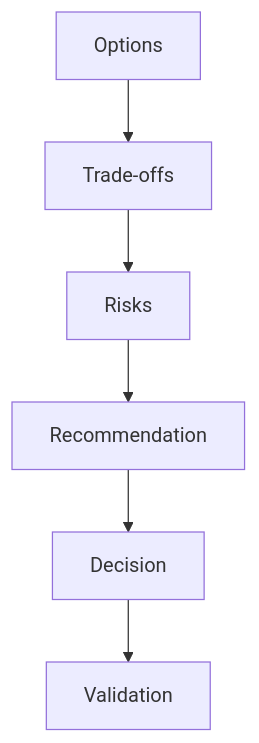
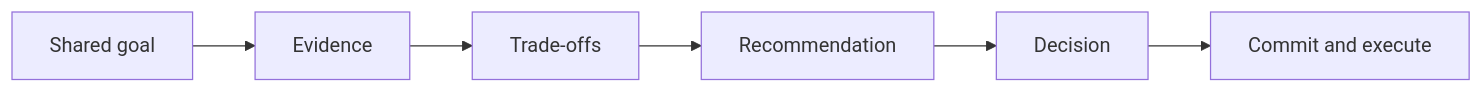
The third of 6 diagrams in src/content/behavioral/leadership-ownership.md (AvadhBhalodiya/Interview-Preparation), drawn with Mermaid before and after one commit. The commit also changed other lines of this file and 54 other files, not shown here.

````diff
--- a/src/content/behavioral/leadership-ownership.md
+++ b/src/content/behavioral/leadership-ownership.md
@@ -271,8 +167,8 @@
 ```mermaid
-flowchart TD
-    A[Options] --> B[Trade-offs]
-    B --> C[Risks]
+flowchart LR
+    A[Shared goal] --> B[Evidence]
+    B --> C[Trade-offs]
     C --> D[Recommendation]
     D --> E[Decision]
-    E --> F[Validation]
+    E --> F[Commit and execute]
 ```
````
